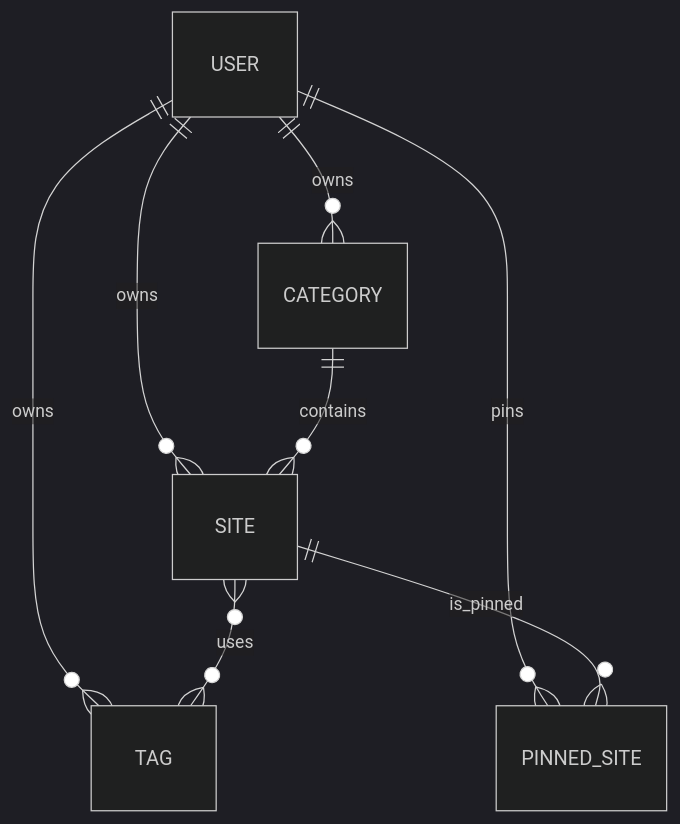
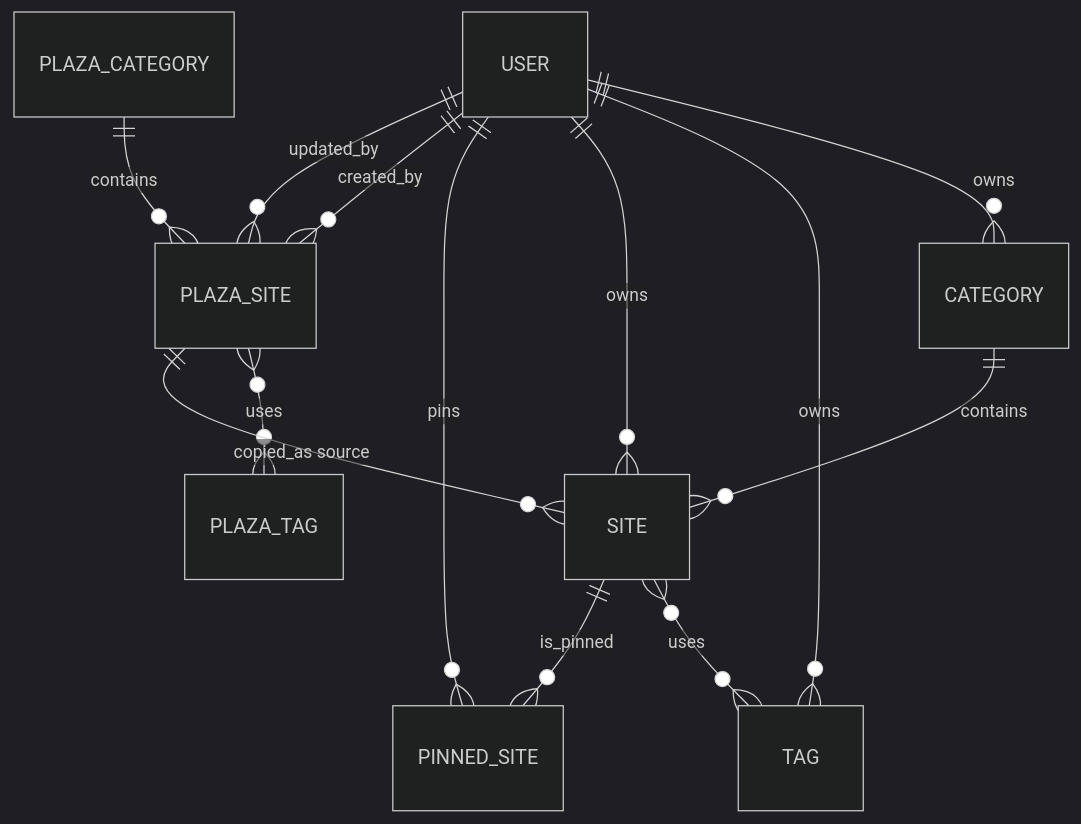
The diagram in docs/architecture/backend.md (yzjiang-Peace-and-joy/nav-station), drawn with Mermaid (dark theme) before and after one commit. The commit also changed other lines of this file and 26 other files, not shown here.

````diff
--- a/docs/architecture/backend.md
+++ b/docs/architecture/backend.md
@@ -32,10 +34,15 @@
 ```mermaid
 erDiagram
   USER ||--o{ CATEGORY : owns
   USER ||--o{ TAG : owns
   USER ||--o{ SITE : owns
   USER ||--o{ PINNED_SITE : pins
   CATEGORY ||--o{ SITE : contains
   SITE }o--o{ TAG : uses
   SITE ||--o{ PINNED_SITE : is_pinned
+  PLAZA_CATEGORY ||--o{ PLAZA_SITE : contains
+  PLAZA_SITE }o--o{ PLAZA_TAG : uses
+  USER ||--o{ PLAZA_SITE : created_by
+  USER ||--o{ PLAZA_SITE : updated_by
+  PLAZA_SITE ||--o{ SITE : "copied_as source"
 ```
````
